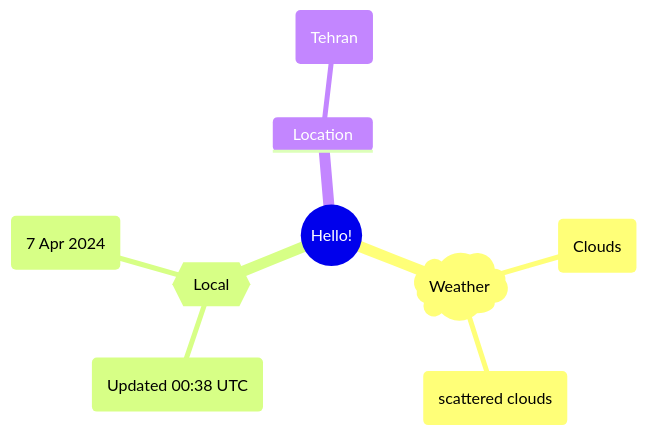
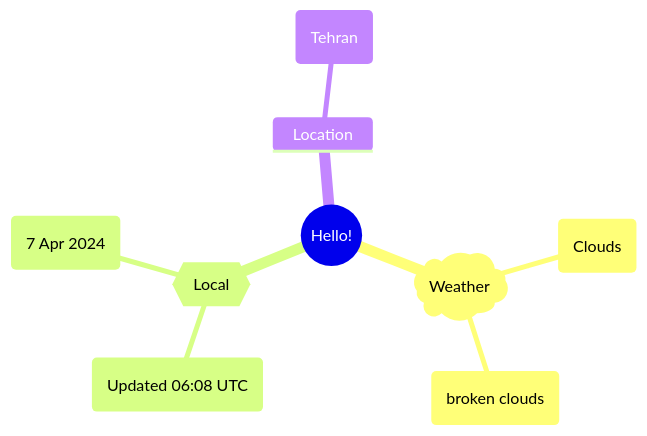
The first of 2 diagrams in README.md (Xosrov/Xosrov), drawn with Mermaid before and after one commit.

Commit message:
[bot] updated images

````diff
--- a/README.md
+++ b/README.md
@@ -3,12 +3,12 @@
 ```mermaid
 mindmap
   root((Hello!))
     )Weather(
         (Clouds)
-        (scattered clouds)
+        (broken clouds)
     {{Local}}
-        (Updated 00:38 UTC)
+        (Updated 06:08 UTC)
         (7 Apr 2024)
     Location
         (Tehran)
 ```
````
